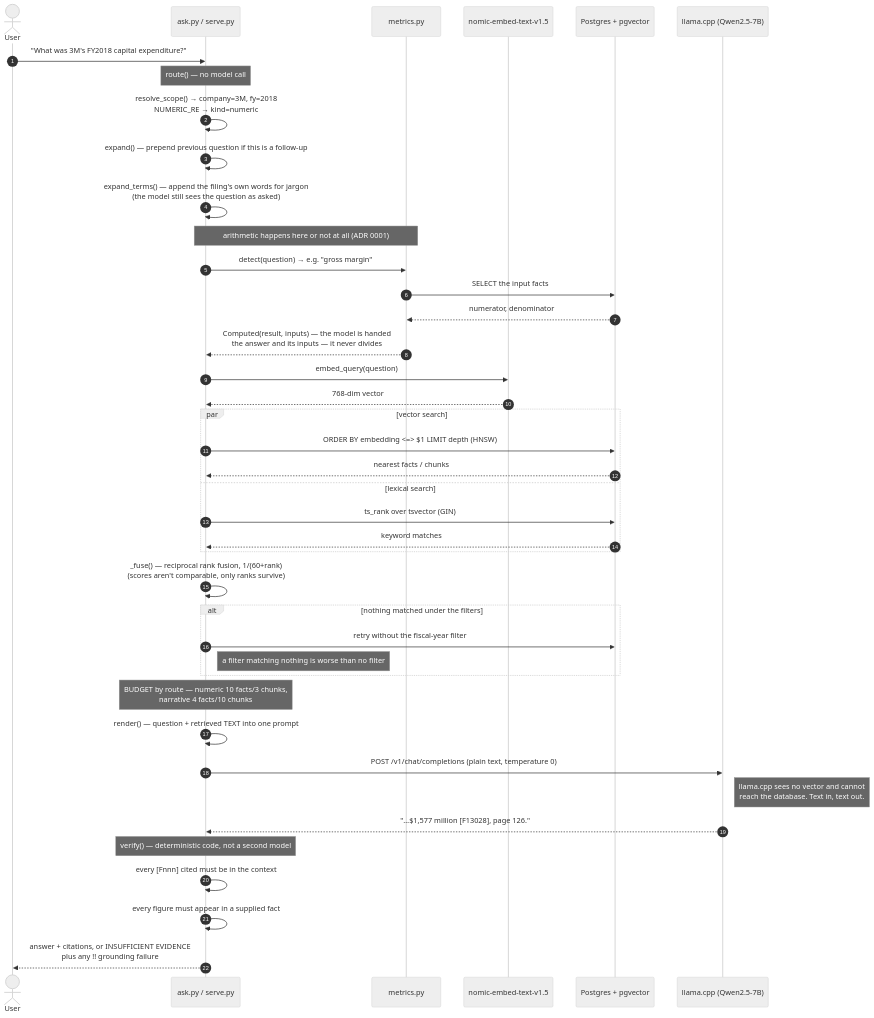
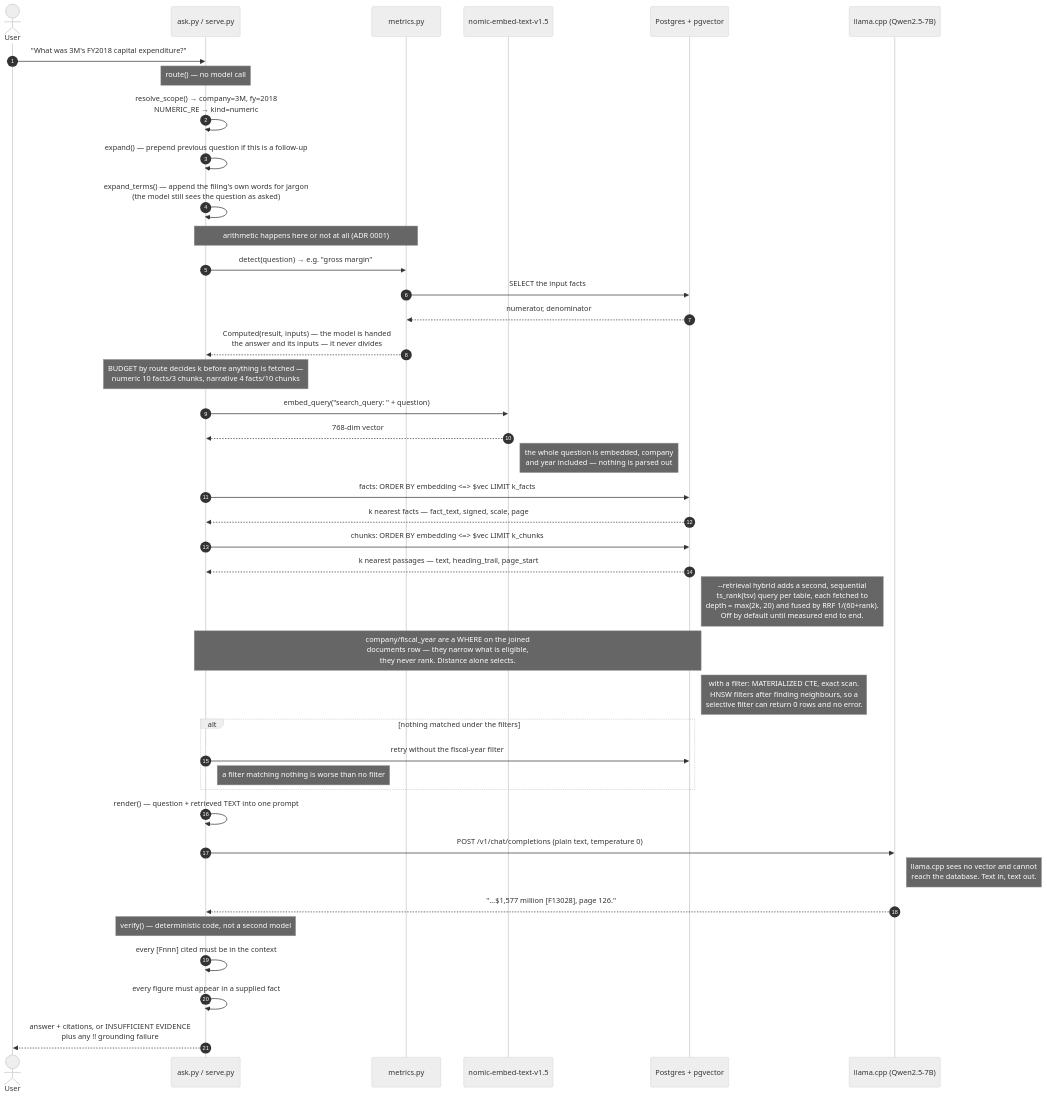
The first of 2 diagrams in docs/system/sequence.md (Houuse/rag-lab), drawn with Mermaid (neutral theme) before and after one commit. The commit also changed 1 other file, not shown here.

Commit message:
Draw the retrieval step as it actually runs
The par block claimed vector and lexical search happen concurrently. They
do not: hybrid_facts calls the two searches one after the other, and only
when --retrieval hybrid is passed, which nothing does by default. A reader
came away thinking the system does hybrid search.

Now the default vector path is the drawn one, with hybrid as a note saying
what it adds and that it is off until measured. Also records what the
diagram omitted and someone reading it has to know: k is fixed by BUDGET
before anything is fetched, the whole question is embedded including the
company and year, and company/fiscal_year are a WHERE that narrows what is
eligible without ever ranking - distance alone selects.

Ignore .idea/.

````diff
--- a/docs/system/sequence.md
+++ b/docs/system/sequence.md
@@ -13,52 +13,53 @@
 ```mermaid
 sequenceDiagram
     autonumber
     actor U as User
     participant A as ask.py / serve.py
     participant M as metrics.py
     participant E as nomic-embed-text-v1.5
     participant P as Postgres + pgvector
     participant L as llama.cpp (Qwen2.5-7B)
 
     U->>A: "What was 3M's FY2018 capital expenditure?"
 
     Note over A: route() — no model call
     A->>A: resolve_scope() → company=3M, fy=2018<br/>NUMERIC_RE → kind=numeric
     A->>A: expand() — prepend previous question if this is a follow-up
     A->>A: expand_terms() — append the filing's own words for jargon<br/>(the model still sees the question as asked)
 
     Note over A,M: arithmetic happens here or not at all (ADR 0001)
     A->>M: detect(question) → e.g. "gross margin"
     M->>P: SELECT the input facts
     P-->>M: numerator, denominator
     M-->>A: Computed(result, inputs) — the model is handed<br/>the answer and its inputs — it never divides
 
-    A->>E: embed_query(question)
+    Note over A: BUDGET by route decides k before anything is fetched —<br/>numeric 10 facts/3 chunks, narrative 4 facts/10 chunks
+
+    A->>E: embed_query("search_query: " + question)
     E-->>A: 768-dim vector
+    Note right of E: the whole question is embedded, company<br/>and year included — nothing is parsed out
 
-    par vector search
-        A->>P: ORDER BY embedding <=> $1 LIMIT depth (HNSW)
-        P-->>A: nearest facts / chunks
-    and lexical search
-        A->>P: ts_rank over tsvector (GIN)
-        P-->>A: keyword matches
-    end
-    A->>A: _fuse() — reciprocal rank fusion, 1/(60+rank)<br/>(scores aren't comparable, only ranks survive)
+    A->>P: facts:  ORDER BY embedding <=> $vec LIMIT k_facts
+    P-->>A: k nearest facts — fact_text, signed, scale, page
+    A->>P: chunks: ORDER BY embedding <=> $vec LIMIT k_chunks
+    P-->>A: k nearest passages — text, heading_trail, page_start
+    Note right of P: --retrieval hybrid adds a second, sequential<br/>ts_rank(tsv) query per table, each fetched to<br/>depth = max(2k, 20) and fused by RRF 1/(60+rank).<br/>Off by default until measured end to end.
+
+    Note over A,P: company/fiscal_year are a WHERE on the joined<br/>documents row — they narrow what is eligible,<br/>they never rank. Distance alone selects.
+    Note right of P: with a filter: MATERIALIZED CTE, exact scan.<br/>HNSW filters after finding neighbours, so a<br/>selective filter can return 0 rows and no error.
 
     alt nothing matched under the filters
         A->>P: retry without the fiscal-year filter
         Note right of A: a filter matching nothing is worse than no filter
     end
-
-    Note over A: BUDGET by route — numeric 10 facts/3 chunks,<br/>narrative 4 facts/10 chunks
     A->>A: render() — question + retrieved TEXT into one prompt
 
     A->>L: POST /v1/chat/completions (plain text, temperature 0)
     Note right of L: llama.cpp sees no vector and cannot<br/>reach the database. Text in, text out.
     L-->>A: "…$1,577 million [F13028], page 126."
 
     Note over A: verify() — deterministic code, not a second model
     A->>A: every [Fnnn] cited must be in the context
     A->>A: every figure must appear in a supplied fact
     A-->>U: answer + citations, or INSUFFICIENT EVIDENCE<br/>plus any !! grounding failure
 ```
````
